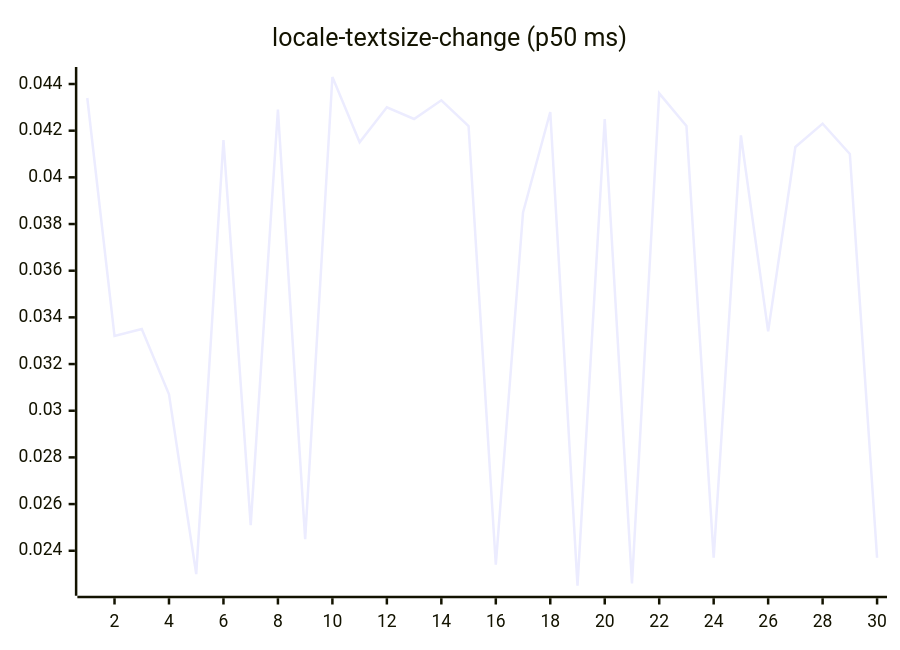
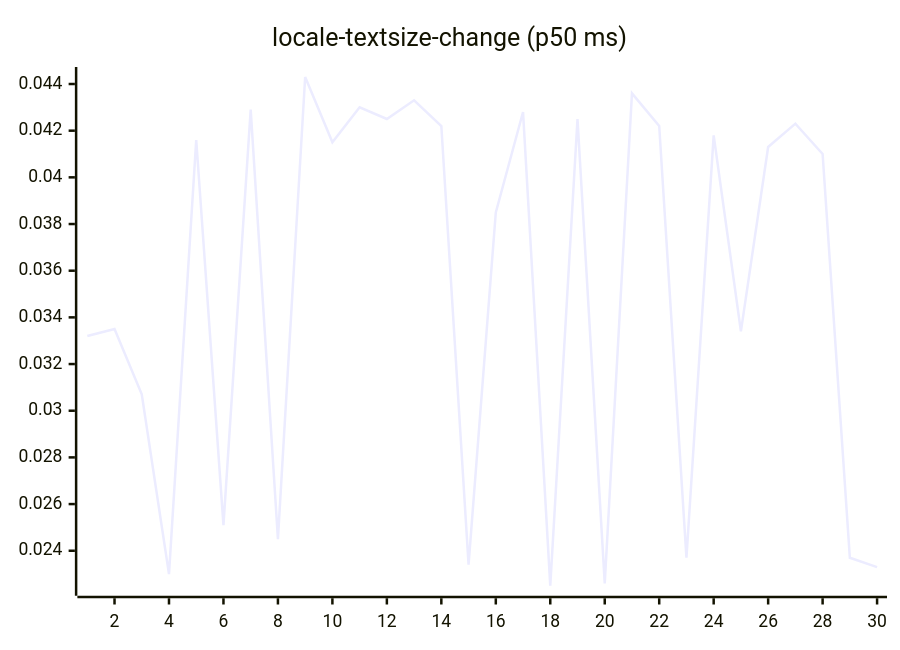
Diagram 13 of 27 in README.md (josha/Facet), drawn with Mermaid before and after one commit. The commit also changed other lines of this file and 2 other files, not shown here.

````diff
--- a/README.md
+++ b/README.md
@@ -147,6 +147,6 @@
 ```mermaid
 xychart-beta
     title "locale-textsize-change (p50 ms)"
     x-axis 1 --> 30
-    line [0.0434, 0.0332, 0.0335, 0.0307, 0.0230, 0.0416, 0.0251, 0.0429, 0.0245, 0.0443, 0.0415, 0.0430, 0.0425, 0.0433, 0.0422, 0.0234, 0.0385, 0.0428, 0.0225, 0.0425, 0.0226, 0.0436, 0.0422, 0.0237, 0.0418, 0.0334, 0.0413, 0.0423, 0.0410, 0.0237]
+    line [0.0332, 0.0335, 0.0307, 0.0230, 0.0416, 0.0251, 0.0429, 0.0245, 0.0443, 0.0415, 0.0430, 0.0425, 0.0433, 0.0422, 0.0234, 0.0385, 0.0428, 0.0225, 0.0425, 0.0226, 0.0436, 0.0422, 0.0237, 0.0418, 0.0334, 0.0413, 0.0423, 0.0410, 0.0237, 0.0233]
 ```
````
